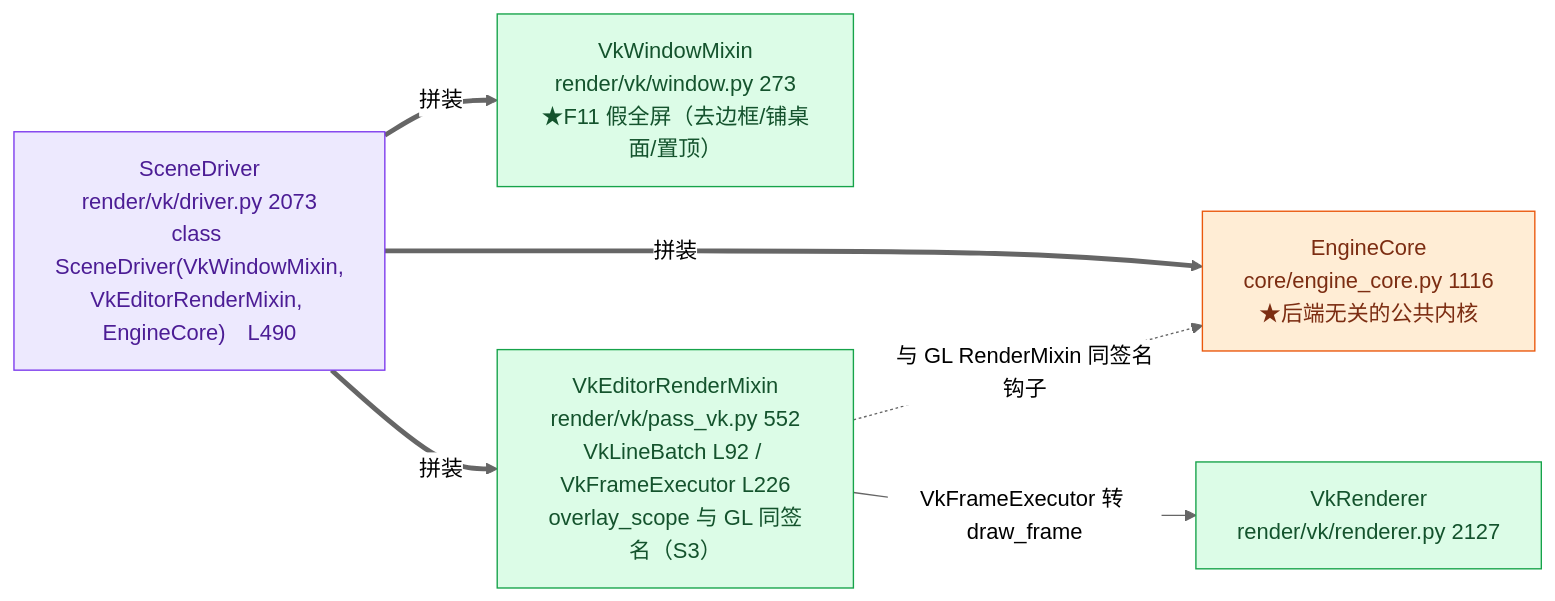
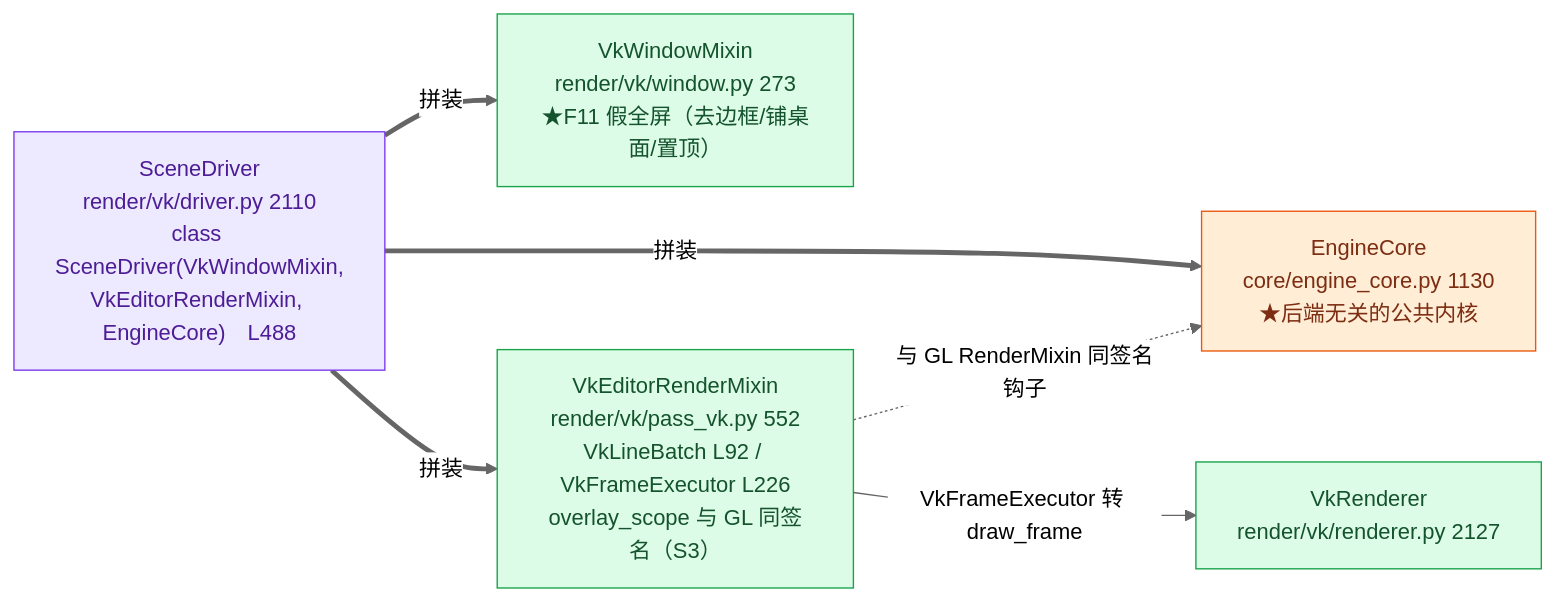
Before and after one commit to lhy302/WeaveEngine: the fourth of 23 diagrams in ARCHITECTURE.md, drawn with Mermaid (neutral theme). The commit also changed other lines of this file, not shown here.

Commit message:
B7-55~59 架构图同步：23 图按实况刷新（HEAD 01ca8a9；168 .py/63431 行；+7 门 + test_hub_update 106；run_all ~170 文件/6341 PASS/0 FAIL）

````diff
--- a/ARCHITECTURE.md
+++ b/ARCHITECTURE.md
@@ -254,16 +268,16 @@
 ```mermaid
 flowchart LR
-  S["SceneDriver<br/>render/vk/driver.py 2073<br/>class SceneDriver(VkWindowMixin,<br/>VkEditorRenderMixin, EngineCore)　L490"]:::facade
-  K["EngineCore<br/>core/engine_core.py 1116<br/>★后端无关的公共内核"]:::contract
+  S["SceneDriver<br/>render/vk/driver.py 2110<br/>class SceneDriver(VkWindowMixin,<br/>VkEditorRenderMixin, EngineCore)　L488"]:::facade
+  K["EngineCore<br/>core/engine_core.py 1130<br/>★后端无关的公共内核"]:::contract
   W["VkWindowMixin<br/>render/vk/window.py 273<br/>★F11 假全屏（去边框/铺桌面/置顶）"]:::impl
   V["VkEditorRenderMixin<br/>render/vk/pass_vk.py 552<br/>VkLineBatch L92 / VkFrameExecutor L226<br/>overlay_scope 与 GL 同签名（S3）"]:::impl
   R["VkRenderer<br/>render/vk/renderer.py 2127"]:::impl
   S ==>|拼装| K
   S ==>|拼装| W
   S ==>|拼装| V
   V -->|VkFrameExecutor 转 draw_frame| R
   V -.->|与 GL RenderMixin 同签名钩子| K
   classDef facade fill:#ede9fe,stroke:#7c3aed,color:#4c1d95
   classDef impl fill:#dcfce7,stroke:#16a34a,color:#14532d
   classDef contract fill:#ffedd5,stroke:#ea580c,color:#7c2d12
 ```
````
